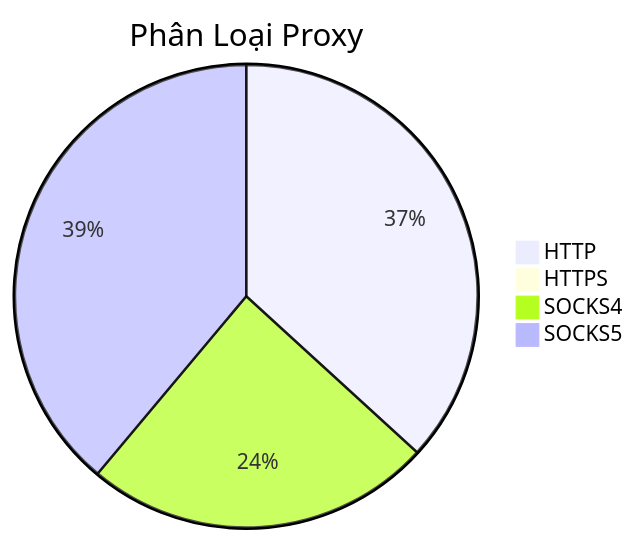
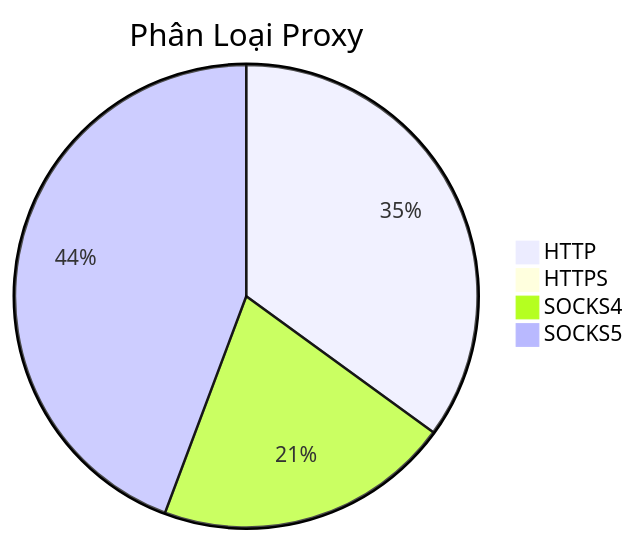
One commit to Ciara-Aa/PROXY-free changed the diagram in README.md. Above: the diagram before and after it, drawn with Mermaid. The commit also changed other lines of this file and 4 other files, not shown here.

````diff
--- a/README.md
+++ b/README.md
@@ -26,7 +26,7 @@
 ```mermaid
 pie title Phân Loại Proxy
-    "HTTP" : 469
-    "HTTPS" : 4
-    "SOCKS4" : 310
-    "SOCKS5" : 496
+    "HTTP" : 521
+    "HTTPS" : 3
+    "SOCKS4" : 308
+    "SOCKS5" : 659
 ```
````
